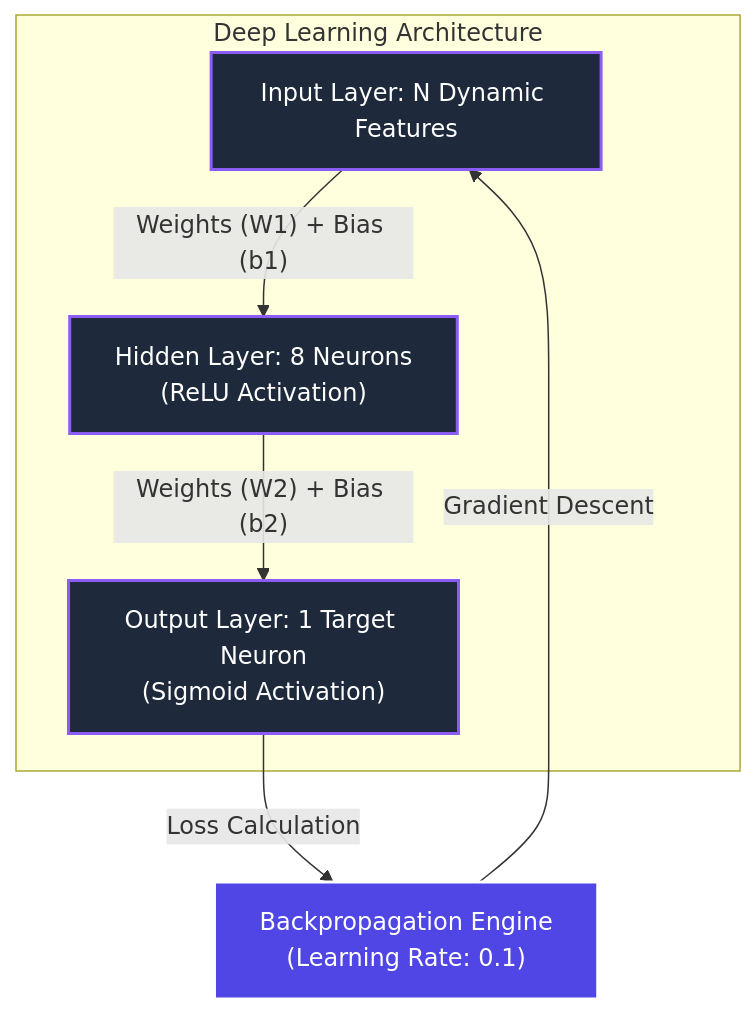
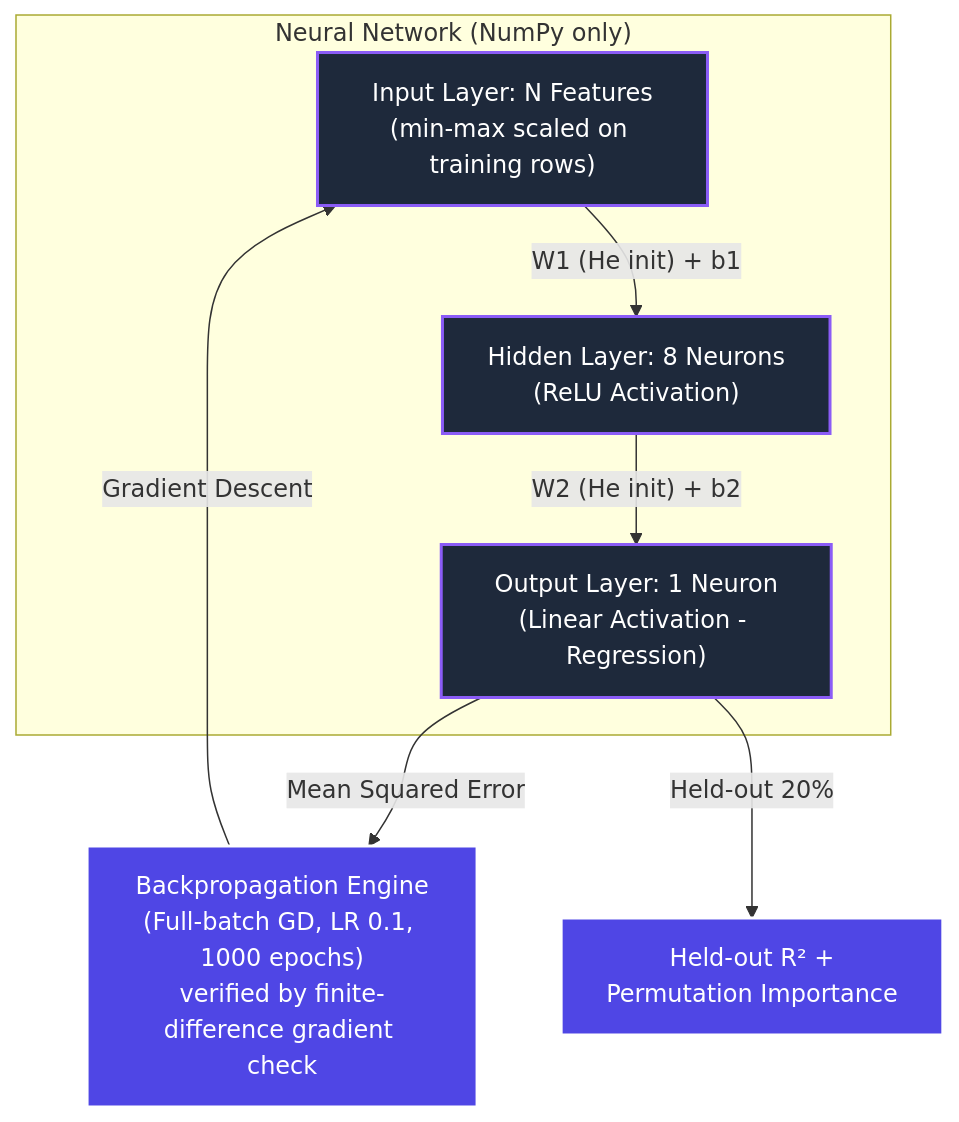
The first of 2 diagrams in README.md (sheetalll28/data-insight-agent), drawn with Mermaid before and after one commit. The commit also changed other lines of this file and 23 other files, not shown here.

````diff
--- a/README.md
+++ b/README.md
@@ -39,15 +57,17 @@
 ```mermaid
 graph TD
-    subgraph "Deep Learning Architecture"
-        Input["Input Layer: N Dynamic Features"] --> |"Weights (W1) + Bias (b1)"| Hidden["Hidden Layer: 8 Neurons<br>(ReLU Activation)"]
-        Hidden --> |"Weights (W2) + Bias (b2)"| Output["Output Layer: 1 Target Neuron<br>(Sigmoid Activation)"]
+    subgraph "Neural Network (NumPy only)"
+        Input["Input Layer: N Features<br>(min-max scaled on training rows)"] --> |"W1 (He init) + b1"| Hidden["Hidden Layer: 8 Neurons<br>(ReLU Activation)"]
+        Hidden --> |"W2 (He init) + b2"| Output["Output Layer: 1 Neuron<br>(Linear Activation - Regression)"]
     end
     
-    Output --> |"Loss Calculation"| Backprop["Backpropagation Engine<br>(Learning Rate: 0.1)"]
+    Output --> |"Mean Squared Error"| Backprop["Backpropagation Engine<br>(Full-batch GD, LR 0.1, 1000 epochs)<br>verified by finite-difference gradient check"]
     Backprop --> |"Gradient Descent"| Input
+    Output --> |"Held-out 20%"| Eval["Held-out R² +<br>Permutation Importance"]
     
     style Input fill:#1e293b,stroke:#8b5cf6,stroke-width:2px,color:#fff
     style Hidden fill:#1e293b,stroke:#8b5cf6,stroke-width:2px,color:#fff
     style Output fill:#1e293b,stroke:#8b5cf6,stroke-width:2px,color:#fff
     style Backprop fill:#4f46e5,stroke:#fff,stroke-width:2px,color:#fff
+    style Eval fill:#4f46e5,stroke:#fff,stroke-width:2px,color:#fff
 ```
````
